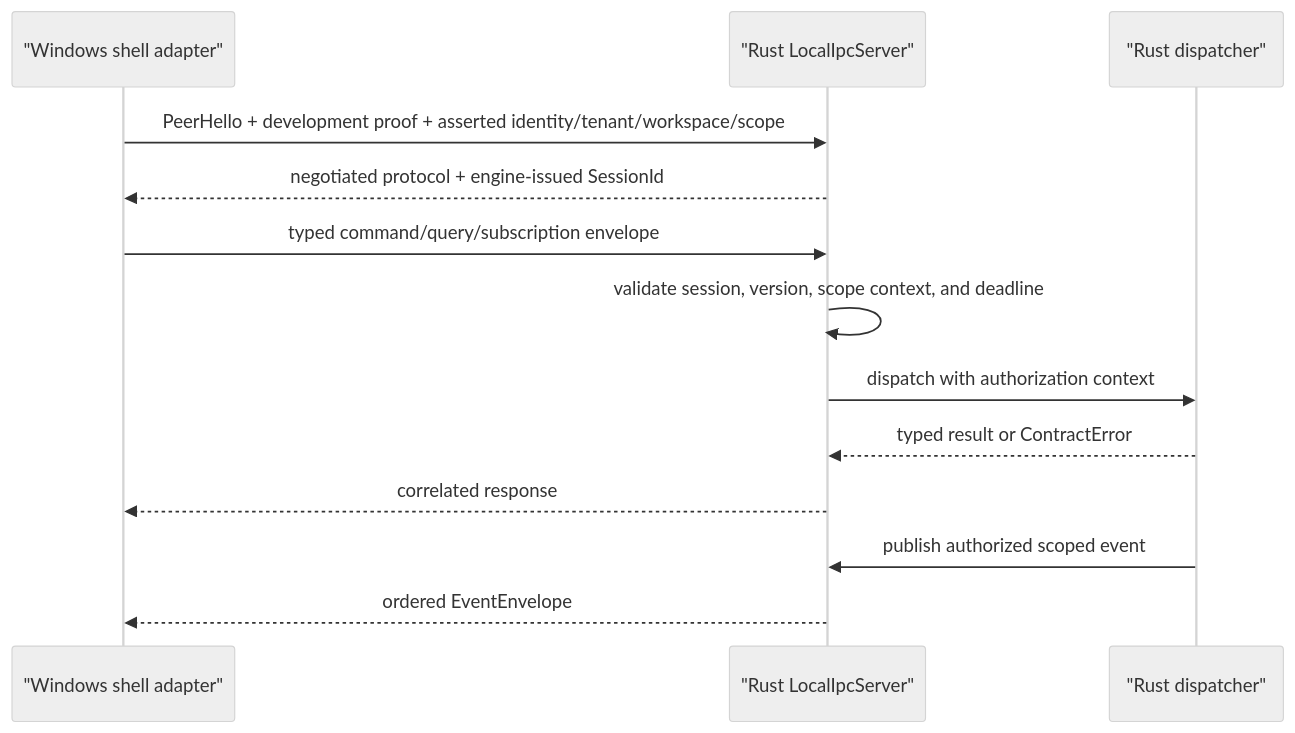
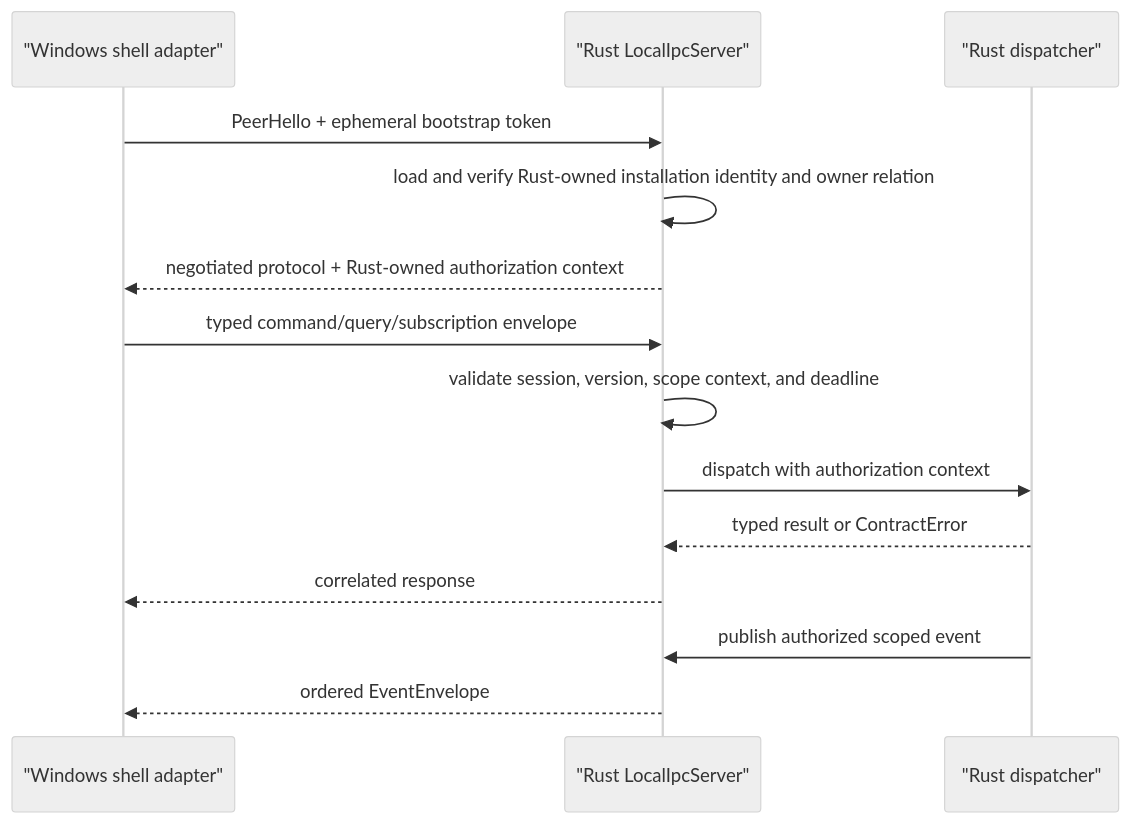
One commit to HusseinBaraja/Eitmad changed the diagram in docs/developer/subsystems/local-ipc.md. Above: the diagram before and after it, drawn with Mermaid (neutral theme). The commit also changed other lines of this file and 37 other files, not shown here.

Commit message:
fix(ipc): derive local authority in Rust

````diff
--- a/docs/developer/subsystems/local-ipc.md
+++ b/docs/developer/subsystems/local-ipc.md
@@ -37,15 +37,16 @@
 ```mermaid
 sequenceDiagram
     participant Shell as "Windows shell adapter"
     participant IPC as "Rust LocalIpcServer"
     participant Domain as "Rust dispatcher"
-    Shell->>IPC: PeerHello + development proof + asserted identity/tenant/workspace/scope
-    IPC-->>Shell: negotiated protocol + engine-issued SessionId
+    Shell->>IPC: PeerHello + ephemeral bootstrap token
+    IPC->>IPC: load and verify Rust-owned installation identity and owner relation
+    IPC-->>Shell: negotiated protocol + Rust-owned authorization context
     Shell->>IPC: typed command/query/subscription envelope
     IPC->>IPC: validate session, version, scope context, and deadline
     IPC->>Domain: dispatch with authorization context
     Domain-->>IPC: typed result or ContractError
     IPC-->>Shell: correlated response
     Domain->>IPC: publish authorized scoped event
     IPC-->>Shell: ordered EventEnvelope
 ```
````
